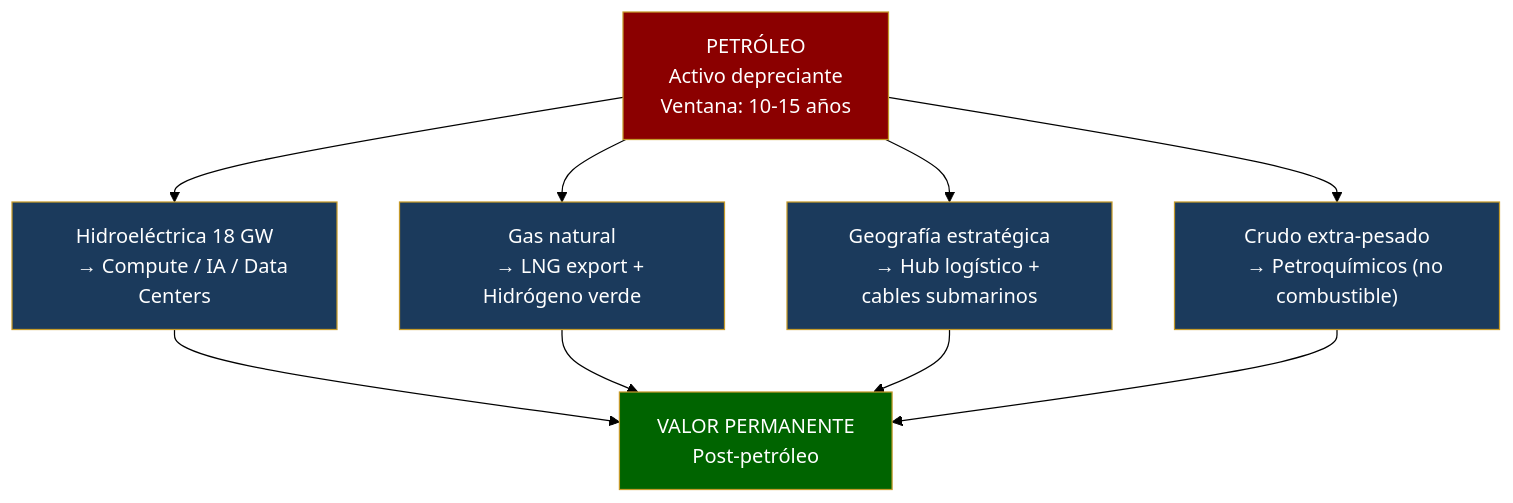
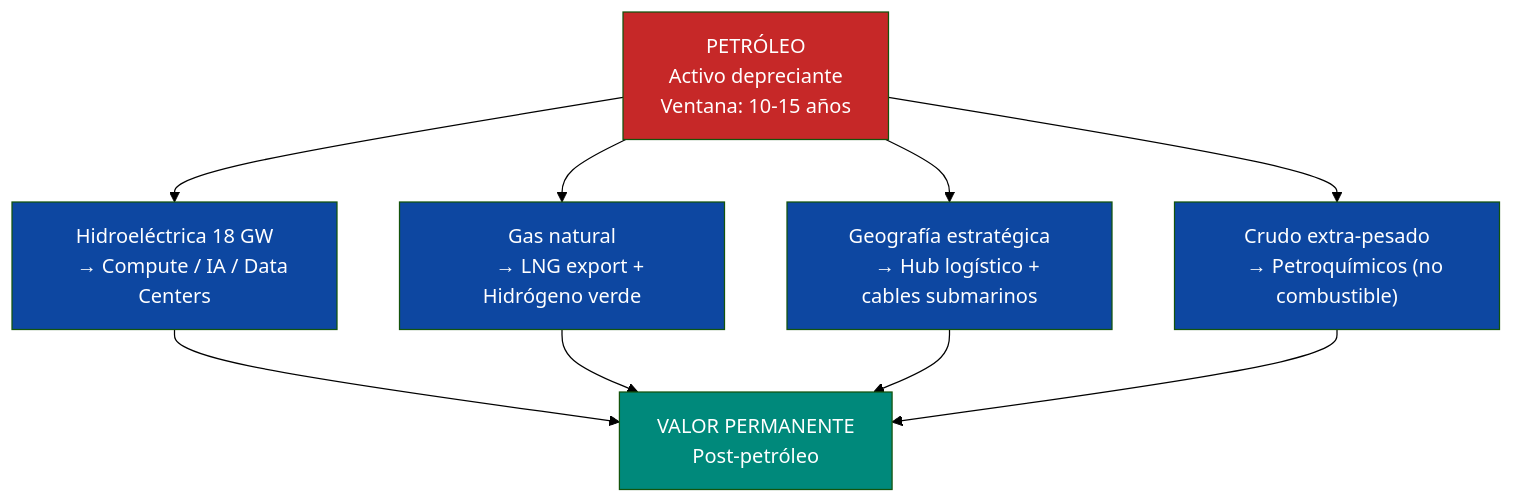
Before and after one commit to Venezuela-S-A/venezuela-sa: the third of 3 diagrams in docs/02-motor-financiero/enfermedad-holandesa.md, drawn with Mermaid (forest theme). The commit also changed other lines of this file and 127 other files, not shown here.

````diff
--- a/docs/02-motor-financiero/enfermedad-holandesa.md
+++ b/docs/02-motor-financiero/enfermedad-holandesa.md
@@ -174,26 +179,26 @@
 ```mermaid
 flowchart TD
     A["PETRÓLEO
     Activo depreciante
     Ventana: 10-15 años"] --> B["Hidroeléctrica 18 GW
     → Compute / IA / Data Centers"]
     A --> C["Gas natural
     → LNG export + Hidrógeno verde"]
     A --> D["Geografía estratégica
     → Hub logístico + cables submarinos"]
     A --> E["Crudo extra-pesado
     → Petroquímicos (no combustible)"]
 
     B --> F["VALOR PERMANENTE
     Post-petróleo"]
     C --> F
     D --> F
     E --> F
 
-    style A fill:#8B0000,stroke:#C49A2A,color:#fff
-    style F fill:#006400,stroke:#C49A2A,color:#fff
-    style B fill:#1B3A5C,stroke:#C49A2A,color:#fff
-    style C fill:#1B3A5C,stroke:#C49A2A,color:#fff
-    style D fill:#1B3A5C,stroke:#C49A2A,color:#fff
-    style E fill:#1B3A5C,stroke:#C49A2A,color:#fff
+    style A fill:#C62828,color:#fff
+    style F fill:#00897B,color:#fff
+    style B fill:#0D47A1,color:#fff
+    style C fill:#0D47A1,color:#fff
+    style D fill:#0D47A1,color:#fff
+    style E fill:#0D47A1,color:#fff
 ```
````
